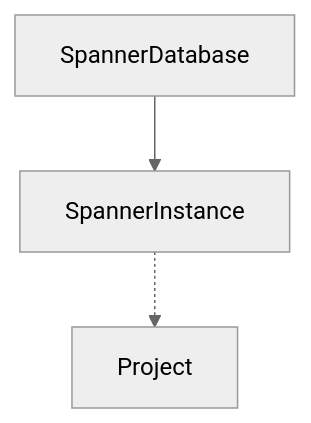
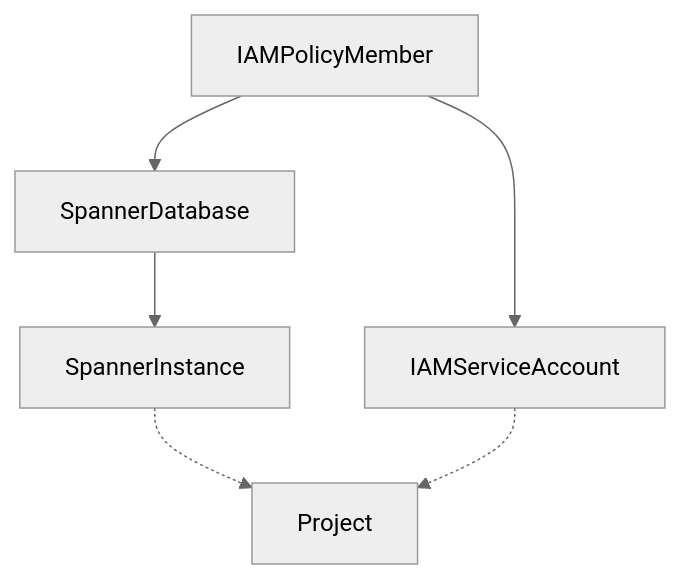
Before and after one commit to mathieu-benoit/acm-workshop: the diagram in content/onlineboutique/create-spanner.md, drawn with Mermaid (neutral theme). The commit also changed other lines of this file and 3 other files, not shown here.

```diff
--- a/content/onlineboutique/create-spanner.md
+++ b/content/onlineboutique/create-spanner.md
@@ -130,5 +130,8 @@
 {{< mermaid >}}
 graph TD;
   SpannerInstance-.->Project
   SpannerDatabase-->SpannerInstance
+  IAMServiceAccount-.->Project
+  IAMPolicyMember-->SpannerDatabase
+  IAMPolicyMember-->IAMServiceAccount
 {{< /mermaid >}}
```
